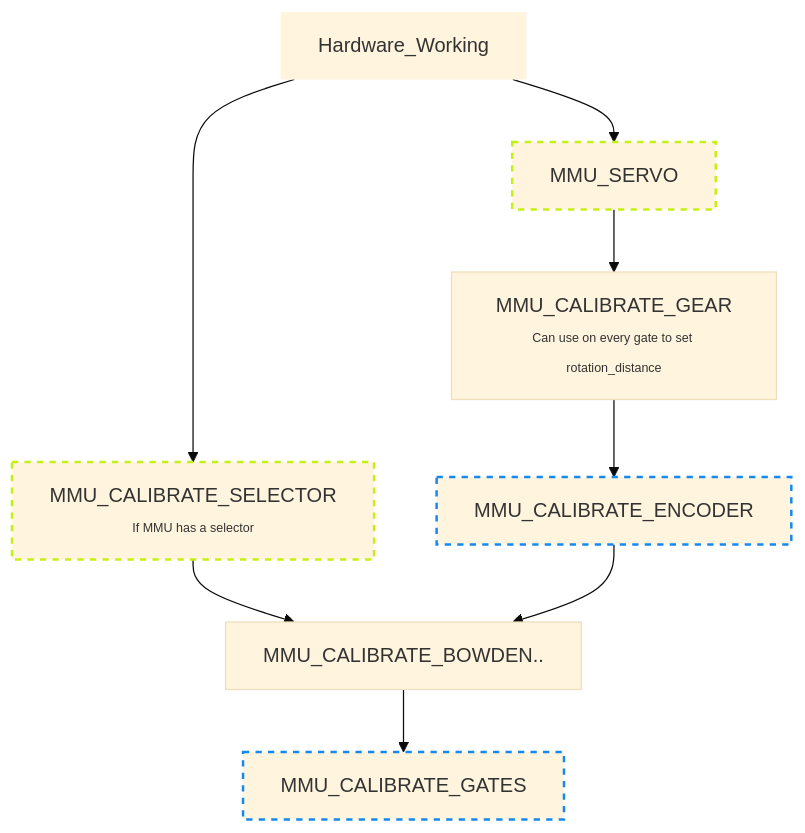
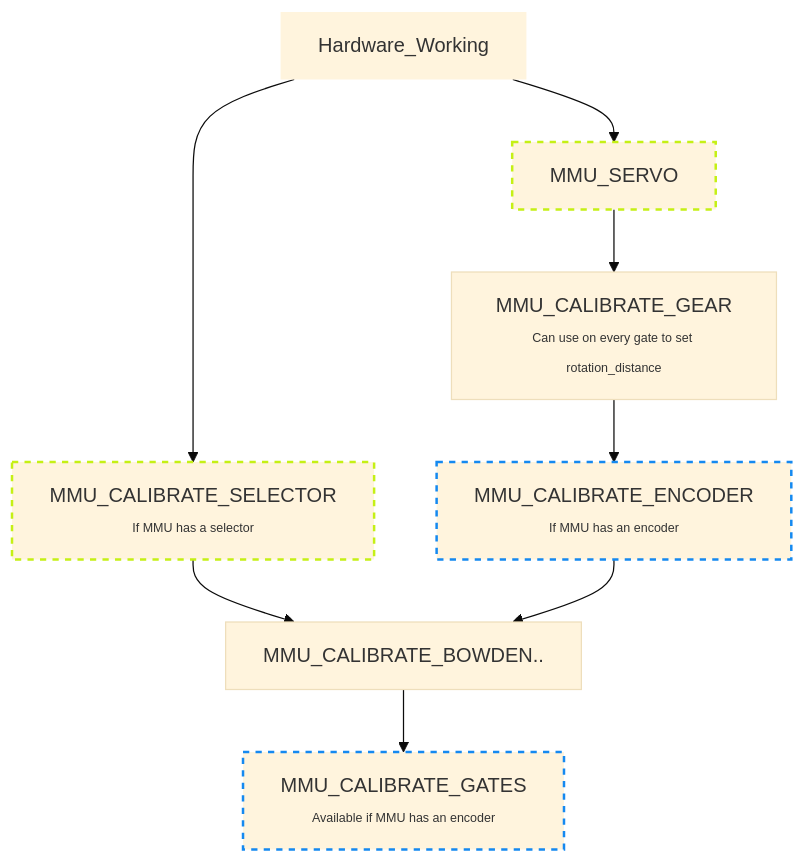
One commit to 3DCoded/Happy-Hare changed the first of 2 diagrams in MMU-Calibration.md. Above: the diagram before and after it, drawn with Mermaid (base theme).

````diff
--- a/MMU-Calibration.md
+++ b/MMU-Calibration.md
@@ -22,16 +22,16 @@
 ```mermaid
 graph TD;
     Hardware_Working --> MMU_SERVO
     Hardware_Working --> MMU_CALIBRATE_SELECTOR["MMU_CALIBRATE_SELECTOR<br/><span style='font-size:10px'>If MMU has a selector</span>"]
     MMU_CALIBRATE_SELECTOR --> MMU_CALIBRATE_BOWDEN
     MMU_SERVO --> MMU_CALIBRATE_GEAR["MMU_CALIBRATE_GEAR<br/><span style='font-size:10px'>Can use on every gate to set rotation_distance</span>"]
-    MMU_CALIBRATE_GEAR --> MMU_CALIBRATE_ENCODER
+    MMU_CALIBRATE_GEAR --> MMU_CALIBRATE_ENCODER["MMU_CALIBRATE_ENCODER<br/><span style='font-size:10px'>If MMU has an encoder</span>"]
     MMU_CALIBRATE_ENCODER --> MMU_CALIBRATE_BOWDEN["MMU_CALIBRATE_BOWDEN.."]
-    MMU_CALIBRATE_BOWDEN --> MMU_CALIBRATE_GATES
+    MMU_CALIBRATE_BOWDEN --> MMU_CALIBRATE_GATES["MMU_CALIBRATE_GATES<br/><span style='font-size:10px'>Available if MMU has an encoder</span>"]
 
     style Hardware_Working stroke-width:0px
     style MMU_SERVO stroke-dasharray: 5 5, stroke:#c5f015, stroke-width:2px
     style MMU_CALIBRATE_SELECTOR stroke-dasharray: 5 5, stroke:#c5f015, stroke-width:2px
     style MMU_CALIBRATE_ENCODER stroke-dasharray: 5 5, stroke:#1589f0, stroke-width:2px
     style MMU_CALIBRATE_GATES stroke-dasharray: 5 5, stroke:#1589f0, stroke-width:2px
 ```
````
